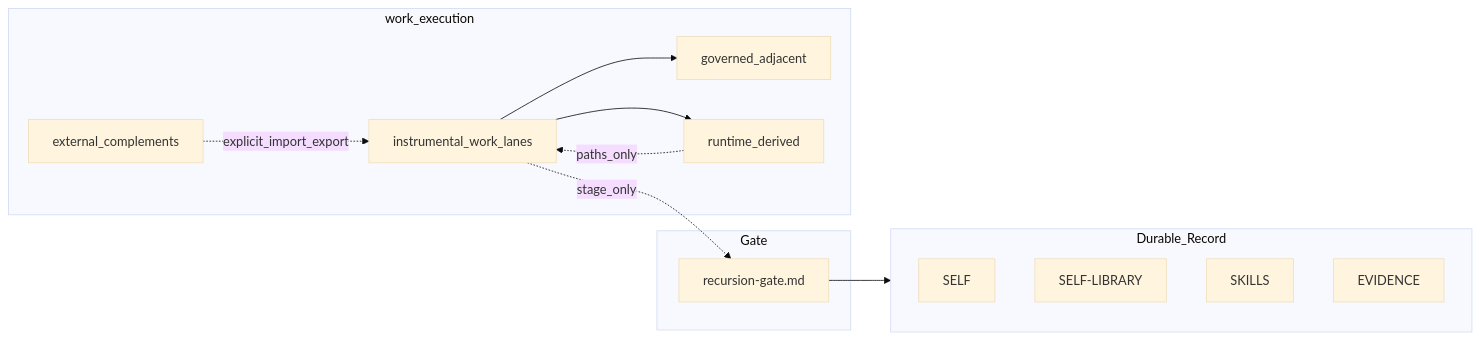
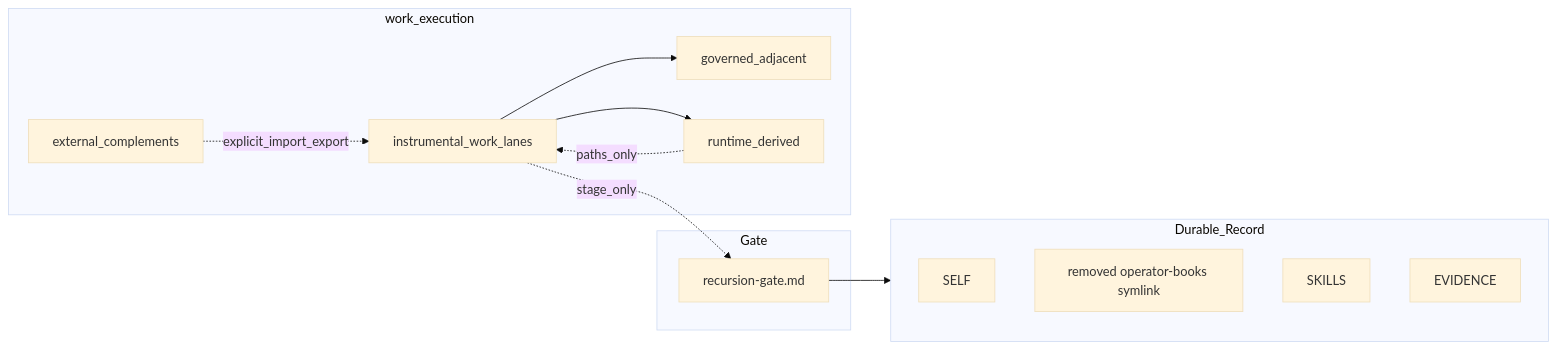
Before and after one commit to rbtkhn/strategy-codex: the diagram in docs/operator-mental-model.md, drawn with Mermaid (base theme). The commit also changed 479 other files, not shown here.

````diff
--- a/docs/operator-mental-model.md
+++ b/docs/operator-mental-model.md
@@ -9,24 +9,24 @@
 ```mermaid
 flowchart LR
   subgraph durable [Durable_Record]
     SELF[SELF]
-    Lib[SELF-LIBRARY]
+    Lib[removed operator-books symlink]
     Skills[SKILLS]
     Ev[EVIDENCE]
   end
   subgraph gate [Gate]
     PR[recursion-gate.md]
   end
   subgraph work [work_execution]
     Lanes[instrumental_work_lanes]
     Adj[governed_adjacent]
     Derived[runtime_derived]
     Ext[external_complements]
   end
   PR --> durable
   Lanes -.->|stage_only| PR
   Lanes --> Adj
   Lanes --> Derived
   Derived -.->|paths_only| Lanes
   Ext -.->|explicit_import_export| Lanes
 ```
````
